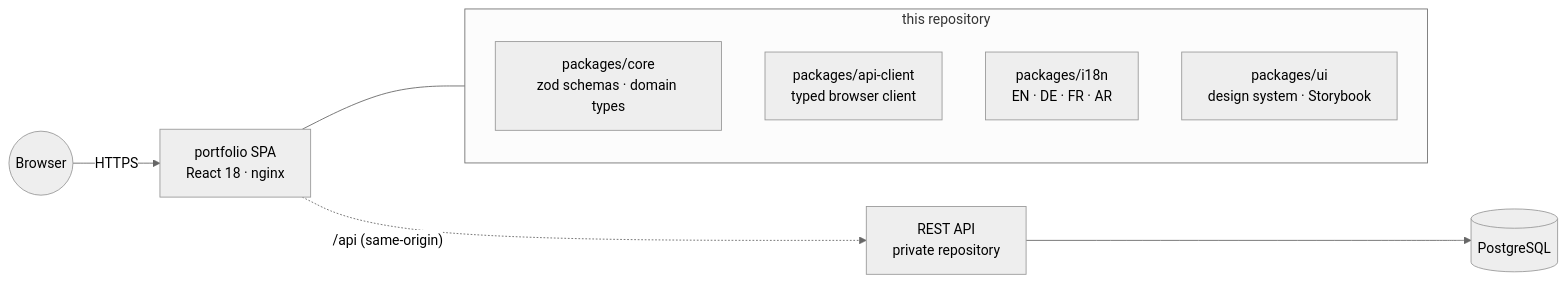
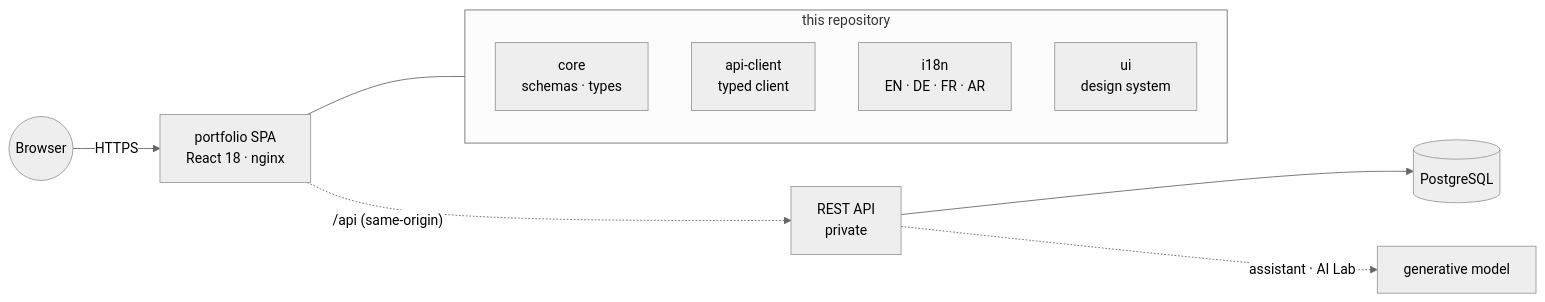
Before and after one commit to A7med-Sghaier/my-portfolio: the diagram in README.md, drawn with Mermaid (neutral theme). The commit also changed other lines of this file and 1 other file, not shown here.

First line of the commit message:
docs(readme): lead with the product, and say what is private and why

````diff
--- a/README.md
+++ b/README.md
@@ -57,16 +142,17 @@
 ```mermaid
 flowchart LR
     B((Browser)) -->|HTTPS| P["portfolio SPA<br/>React 18 · nginx"]
-    P -.->|"/api (same-origin)"| API["REST API<br/>private repository"]
+    P -.->|"/api (same-origin)"| API["REST API<br/>private"]
     API --> DB[("PostgreSQL")]
+    API -.->|"assistant · AI Lab"| M["generative model"]
 
     subgraph Shared["this repository"]
         direction TB
-        C["packages/core<br/>zod schemas · domain types"]
-        AC["packages/api-client<br/>typed browser client"]
-        I["packages/i18n<br/>EN · DE · FR · AR"]
-        U["packages/ui<br/>design system · Storybook"]
+        C["core<br/>schemas · types"]
+        AC["api-client<br/>typed client"]
+        I["i18n<br/>EN · DE · FR · AR"]
+        U["ui<br/>design system"]
     end
 
     P --- Shared
 ```
````
